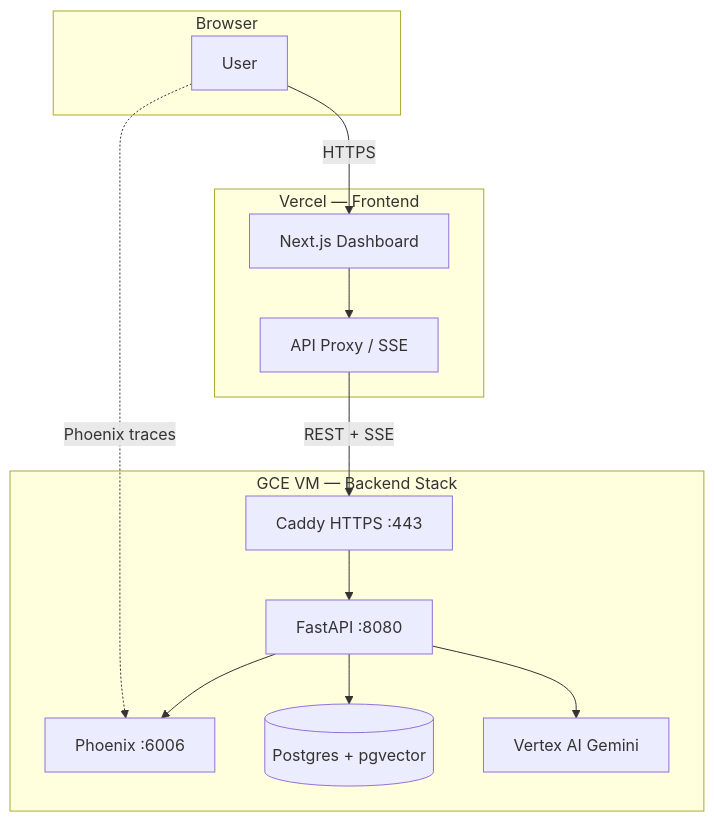
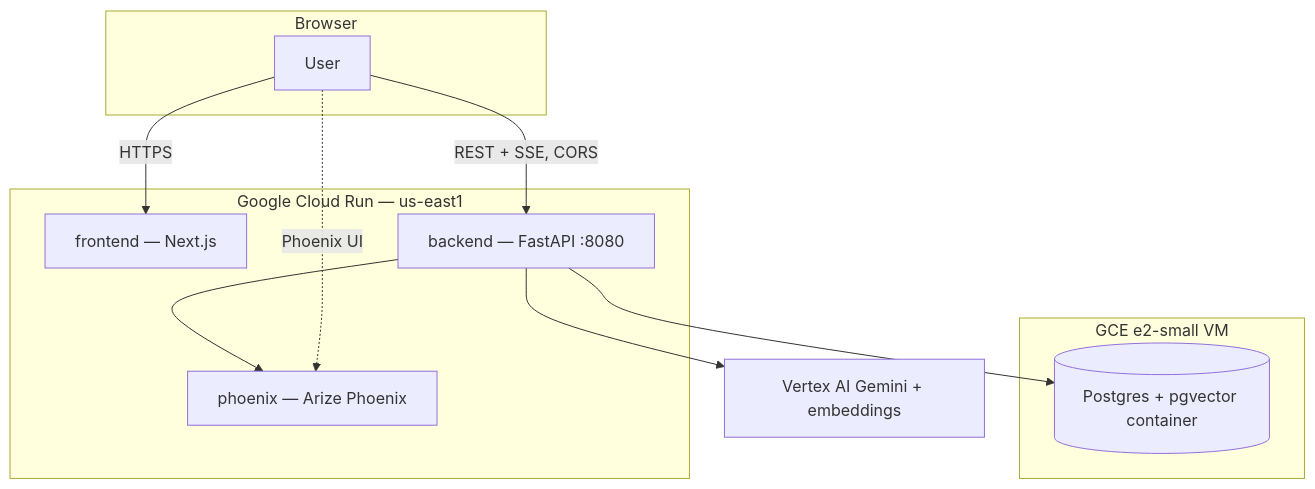
One commit to akshayavarshinee/mission-sundar-pichai changed the eighth of 8 diagrams in README.md. Above: the diagram before and after it, drawn with Mermaid. The commit also changed other lines of this file and 7 other files, not shown here.

````diff
--- a/README.md
+++ b/README.md
@@ -482,29 +486,25 @@
 ```mermaid
 flowchart TB
     subgraph Browser["Browser"]
         U[User]
     end
 
-    subgraph Vercel["Vercel — Frontend"]
-        NX[Next.js Dashboard]
-        PX[API Proxy / SSE]
-        NX --> PX
+    subgraph CR["Google Cloud Run — us-east1"]
+        FE[frontend — Next.js]
+        API[backend — FastAPI :8080]
+        PHX[phoenix — Arize Phoenix]
     end
 
-    subgraph GCP["GCE VM — Backend Stack"]
-        CD[Caddy HTTPS :443]
-        API[FastAPI :8080]
-        PHX[Phoenix :6006]
-        DB[(Postgres + pgvector)]
-        VTX[Vertex AI Gemini]
-
-        CD --> API
-        API --> PHX
-        API --> DB
-        API --> VTX
+    subgraph VM["GCE e2-small VM"]
+        DB[(Postgres + pgvector container)]
     end
 
-    U -->|HTTPS| NX
-    PX -->|REST + SSE| CD
-    U -. Phoenix traces .-> PHX
+    VTX[Vertex AI Gemini + embeddings]
+
+    U -->|HTTPS| FE
+    U -->|REST + SSE, CORS| API
+    API --> PHX
+    API --> DB
+    API --> VTX
+    U -. Phoenix UI .-> PHX
 ```
````
